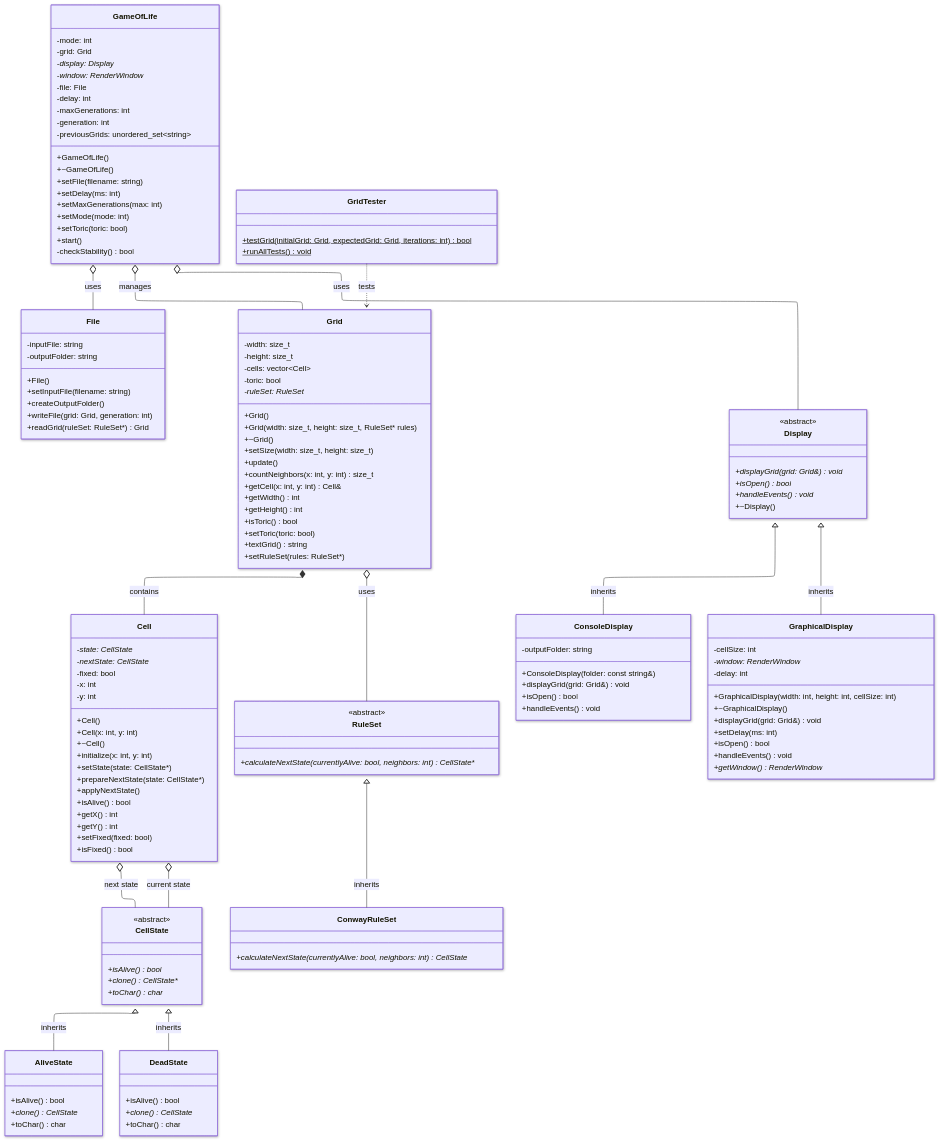
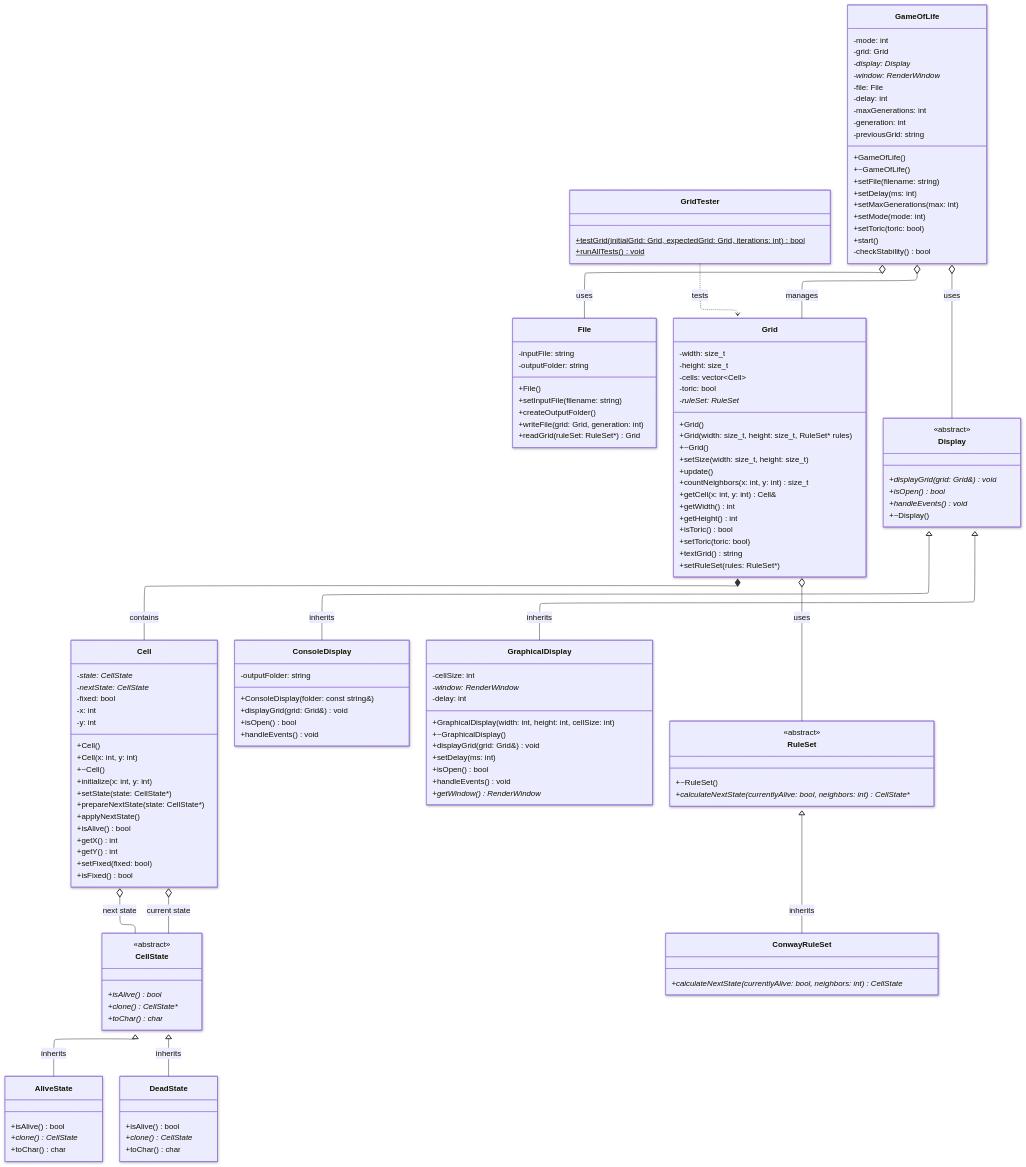
The diagram in Diagrams/class_diagram.mmd (RomainBeche/GameOfLife), drawn with Mermaid before and after one commit. The commit also changed 14 other files, not shown here.

```diff
--- a/Diagrams/class_diagram.mmd
+++ b/Diagrams/class_diagram.mmd
@@ -1,156 +1,157 @@
 ---
 config:
   layout: elk
   theme: default
   look: neo
 ---
 classDiagram
 direction TB
     class Cell {
 	    -state: CellState*
 	    -nextState: CellState*
 	    -fixed: bool
 	    -x: int
 	    -y: int
 	    +Cell()
 	    +Cell(x: int, y: int)
 	    +~Cell()
 	    +initialize(x: int, y: int)
 	    +setState(state: CellState*)
 	    +prepareNextState(state: CellState*)
 	    +applyNextState()
 	    +isAlive() bool
 	    +getX() int
 	    +getY() int
 	    +setFixed(fixed: bool)
 	    +isFixed() bool
     }
 
     class CellState {
 	    +isAlive() bool*
 	    +clone() CellState**
 	    +toChar() char*
     }
 
     class AliveState {
 	    +isAlive() bool
 	    +clone() CellState*
 	    +toChar() char
     }
 
     class DeadState {
 	    +isAlive() bool
 	    +clone() CellState*
 	    +toChar() char
     }
 
-    class RuleSet {
-	    +calculateNextState(currentlyAlive: bool, neighbors: int) CellState**
-    }
-
     class ConwayRuleSet {
 	    +calculateNextState(currentlyAlive: bool, neighbors: int) CellState*
     }
 
     class File {
 	    -inputFile: string
 	    -outputFolder: string
 	    +File()
 	    +setInputFile(filename: string)
 	    +createOutputFolder()
 	    +writeFile(grid: Grid, generation: int)
 	    +readGrid(ruleSet: RuleSet*) Grid
-    }
-
-    class GameOfLife {
-	    -mode: int
-	    -grid: Grid
-	    -display: Display*
-	    -window: RenderWindow*
-	    -file: File
-	    -delay: int
-	    -maxGenerations: int
-	    -generation: int
-	    -previousGrids: unordered_set~string~
-	    +GameOfLife()
-	    +~GameOfLife()
-	    +setFile(filename: string)
-	    +setDelay(ms: int)
-	    +setMaxGenerations(max: int)
-	    +setMode(mode: int)
-	    +setToric(toric: bool)
-	    +start()
-	    -checkStability() bool
     }
 
     class GridTester {
 	    +testGrid(initialGrid: Grid, expectedGrid: Grid, iterations: int) bool$
 	    +runAllTests() void$
     }
 
     class Grid {
 	    -width: size_t
 	    -height: size_t
 	    -cells: vector~Cell~
 	    -toric: bool
 	    -ruleSet: RuleSet*
 	    +Grid()
 	    +Grid(width: size_t, height: size_t, RuleSet* rules)
 	    +~Grid()
 	    +setSize(width: size_t, height: size_t)
 	    +update()
 	    +countNeighbors(x: int, y: int) size_t
 	    +getCell(x: int, y: int) Cell&
 	    +getWidth() int
 	    +getHeight() int
 	    +isToric() bool
 	    +setToric(toric: bool)
 	    +textGrid() string
 	    +setRuleSet(rules: RuleSet*)
     }
 
     class ConsoleDisplay {
 	    -outputFolder: string
 	    +ConsoleDisplay(folder: const string&)
 	    +displayGrid(grid: Grid&) void
 	    +isOpen() bool
 	    +handleEvents() void
     }
 
     class GraphicalDisplay {
 	    -cellSize: int
 	    -window: RenderWindow*
 	    -delay: int
 	    +GraphicalDisplay(width: int, height: int, cellSize: int)
 	    +~GraphicalDisplay()
 	    +displayGrid(grid: Grid&) void
 	    +setDelay(ms: int)
 	    +isOpen() bool
 	    +handleEvents() void
 	    +getWindow() RenderWindow*
     }
 
     class Display {
 	    +displayGrid(grid: Grid&) void*
 	    +isOpen() bool*
 	    +handleEvents() void*
 	    +~Display()
     }
 
+    class GameOfLife {
+	    -mode: int
+	    -grid: Grid
+	    -display: Display*
+	    -window: RenderWindow*
+	    -file: File
+	    -delay: int
+	    -maxGenerations: int
+	    -generation: int
+	    -previousGrid: string
+	    +GameOfLife()
+	    +~GameOfLife()
+	    +setFile(filename: string)
+	    +setDelay(ms: int)
+	    +setMaxGenerations(max: int)
+	    +setMode(mode: int)
+	    +setToric(toric: bool)
+	    +start()
+	    -checkStability() bool
+    }
+
+    class RuleSet {
+	    +~RuleSet()
+	    +calculateNextState(currentlyAlive: bool, neighbors: int) CellState**
+    }
+
 	<<abstract>> CellState
+	<<abstract>> Display
 	<<abstract>> RuleSet
-	<<abstract>> Display
 
     GameOfLife o-- Grid : manages
     GameOfLife o-- Display : uses
     GameOfLife o-- File : uses
     Display <|-- ConsoleDisplay : inherits
     Display <|-- GraphicalDisplay : inherits
     Grid *-- Cell : contains
     Grid o-- RuleSet : uses
     Cell o-- CellState : current state
     Cell o-- CellState : next state
     CellState <|-- AliveState : inherits
     CellState <|-- DeadState : inherits
     RuleSet <|-- ConwayRuleSet : inherits
     GridTester ..> Grid : tests
```
